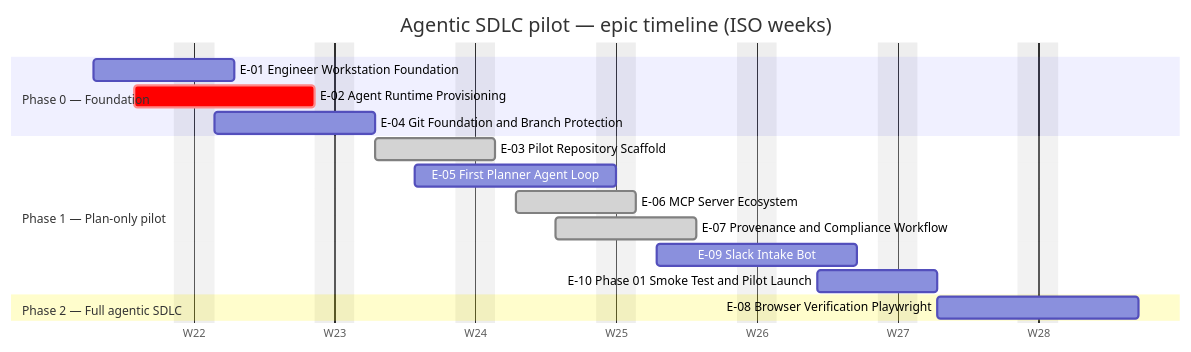
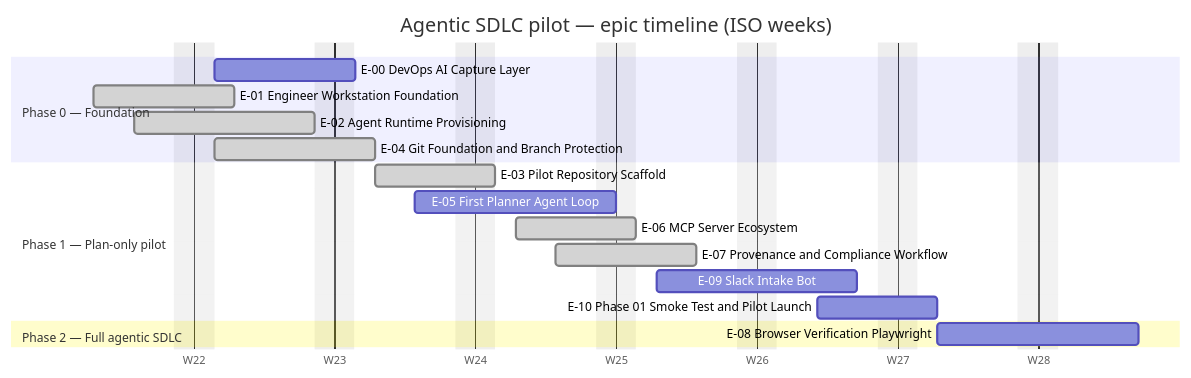
Before and after one commit to carloshumbertoreyesortiz/agentic-sdlc-pilot: the first of 2 diagrams in DASHBOARD.md, drawn with Mermaid. The commit also changed other lines of this file and 1 other file, not shown here.

````diff
--- a/DASHBOARD.md
+++ b/DASHBOARD.md
@@ -27,21 +27,22 @@
 ```mermaid
 gantt
     title Agentic SDLC pilot — epic timeline (ISO weeks)
     dateFormat YYYY-MM-DD
     axisFormat W%V
     excludes weekends
     todayMarker stroke-width:3px,stroke:#d93f0b,opacity:0.7
     section Phase 0 — Foundation
-    E-01 Engineer Workstation Foundation :E01, 2026-05-26, 2026-06-02
-    E-02 Agent Runtime Provisioning :crit, E02, 2026-05-28, 2026-06-06
-    E-04 Git Foundation and Branch Protection :E04, 2026-06-01, 2026-06-09
+    E-00 DevOps AI Capture Layer :E00, 2026-06-01, 2026-06-08
+    E-01 Engineer Workstation Foundation :done, E01, 2026-05-26, 2026-06-02
+    E-02 Agent Runtime Provisioning :done, E02, 2026-05-28, 2026-06-06
+    E-04 Git Foundation and Branch Protection :done, E04, 2026-06-01, 2026-06-09
     section Phase 1 — Plan-only pilot
     E-03 Pilot Repository Scaffold :done, E03, 2026-06-09, 2026-06-15
     E-05 First Planner Agent Loop :E05, 2026-06-11, 2026-06-21
     E-06 MCP Server Ecosystem :done, E06, 2026-06-16, 2026-06-22
     E-07 Provenance and Compliance Workflow :done, E07, 2026-06-18, 2026-06-25
     E-09 Slack Intake Bot :E09, 2026-06-23, 2026-07-03
     E-10 Phase 01 Smoke Test and Pilot Launch :E10, 2026-07-01, 2026-07-07
     section Phase 2 — Full agentic SDLC
     E-08 Browser Verification Playwright :E08, 2026-07-07, 2026-07-17
 ```
````
